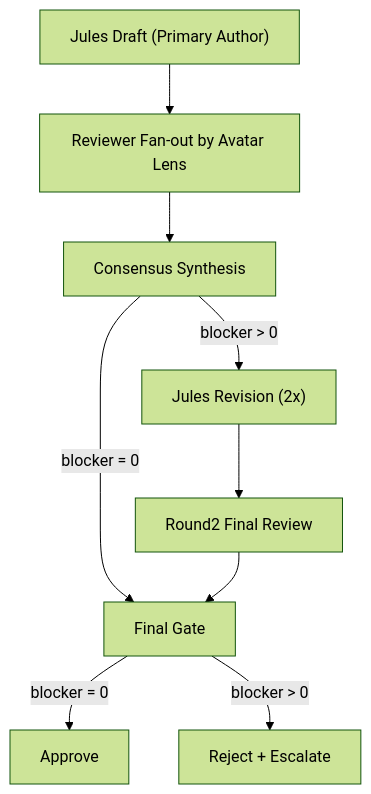
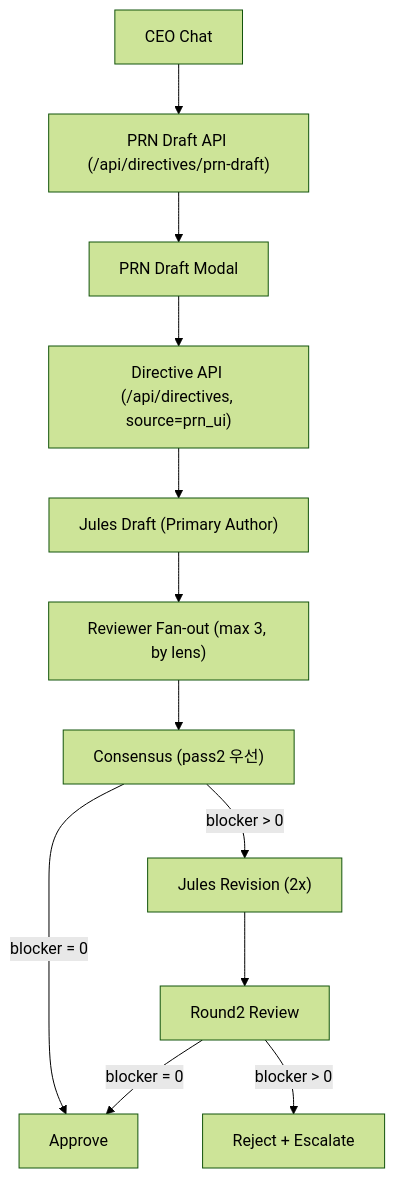
The diagram in README.md (sheryloe/DonggriCompany), drawn with Mermaid (forest theme) before and after one commit. The commit also changed other lines of this file and 1 other file, not shown here.

Commit message:
docs: rewrite README and skills for PRN and Jules 2x workflow

````diff
--- a/README.md
+++ b/README.md
@@ -22,11 +15,14 @@
 ```mermaid
 flowchart TD
-  A["Jules Draft (Primary Author)"] --> B["Reviewer Fan-out by Avatar Lens"]
-  B --> C["Consensus Synthesis"]
-  C -->|"blocker = 0"| F["Final Gate"]
-  C -->|"blocker > 0"| D["Jules Revision (2x)"]
-  D --> E["Round2 Final Review"]
-  E --> F
-  F -->|"blocker = 0"| G["Approve"]
-  F -->|"blocker > 0"| H["Reject + Escalate"]
+  A["CEO Chat"] --> B["PRN Draft API (/api/directives/prn-draft)"]
+  B --> C["PRN Draft Modal"]
+  C --> D["Directive API (/api/directives, source=prn_ui)"]
+  D --> E["Jules Draft (Primary Author)"]
+  E --> F["Reviewer Fan-out (max 3, by lens)"]
+  F --> G["Consensus (pass2 우선)"]
+  G -->|"blocker = 0"| H["Approve"]
+  G -->|"blocker > 0"| I["Jules Revision (2x)"]
+  I --> J["Round2 Review"]
+  J -->|"blocker = 0"| H
+  J -->|"blocker > 0"| K["Reject + Escalate"]
 ```
````
